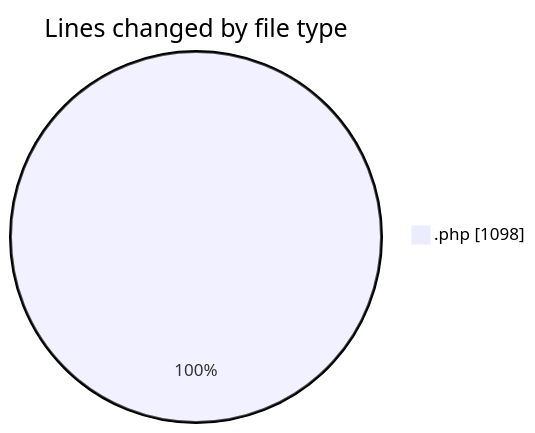
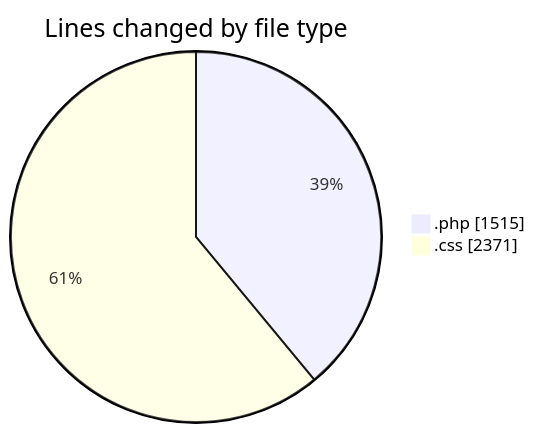
The first of 2 diagrams in 2026-11-10/wp-content/README.md (debugP/code-tracking), drawn with Mermaid before and after one commit. The commit also changed other lines of this file and 1 other file, not shown here.

````diff
--- a/2026-11-10/wp-content/README.md
+++ b/2026-11-10/wp-content/README.md
@@ -20,5 +22,6 @@
 ```mermaid
 pie showData
 title Lines changed by file type
-".php" : 1098
+".php" : 1515
+".css" : 2371
 ```
````
